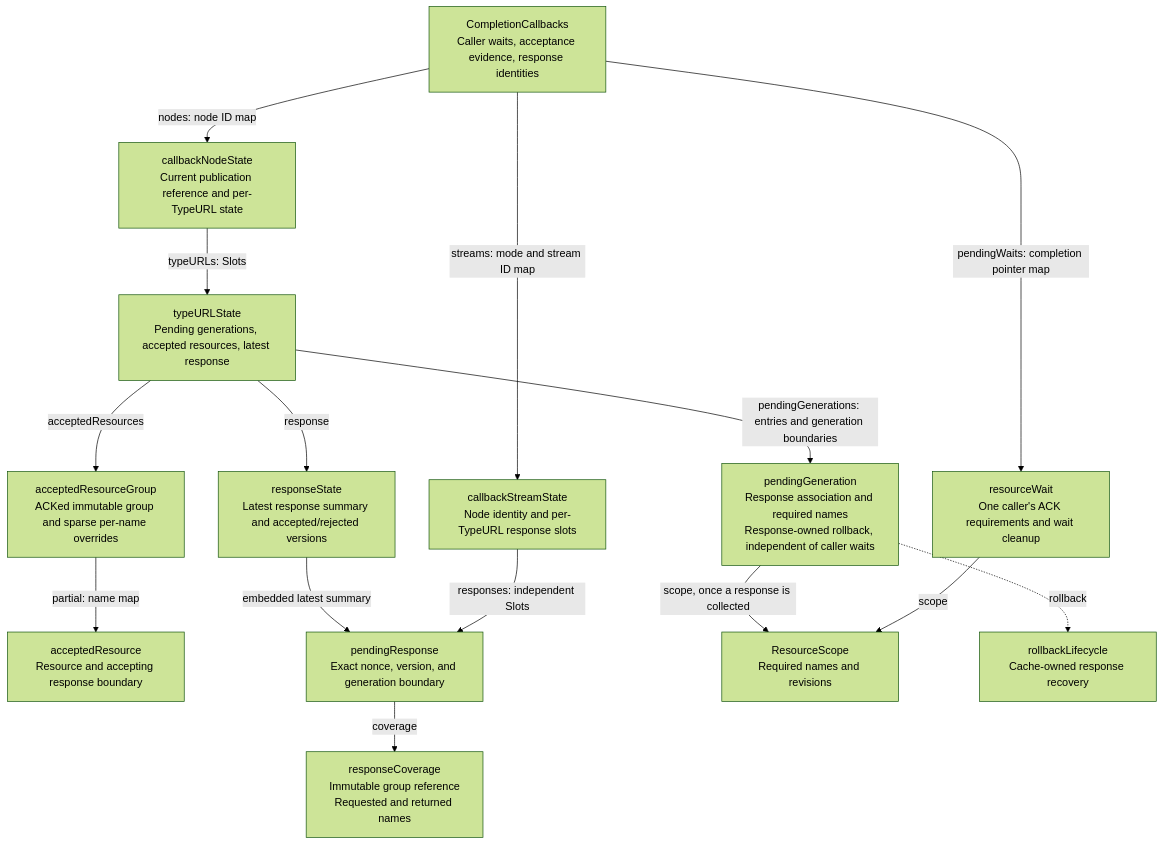
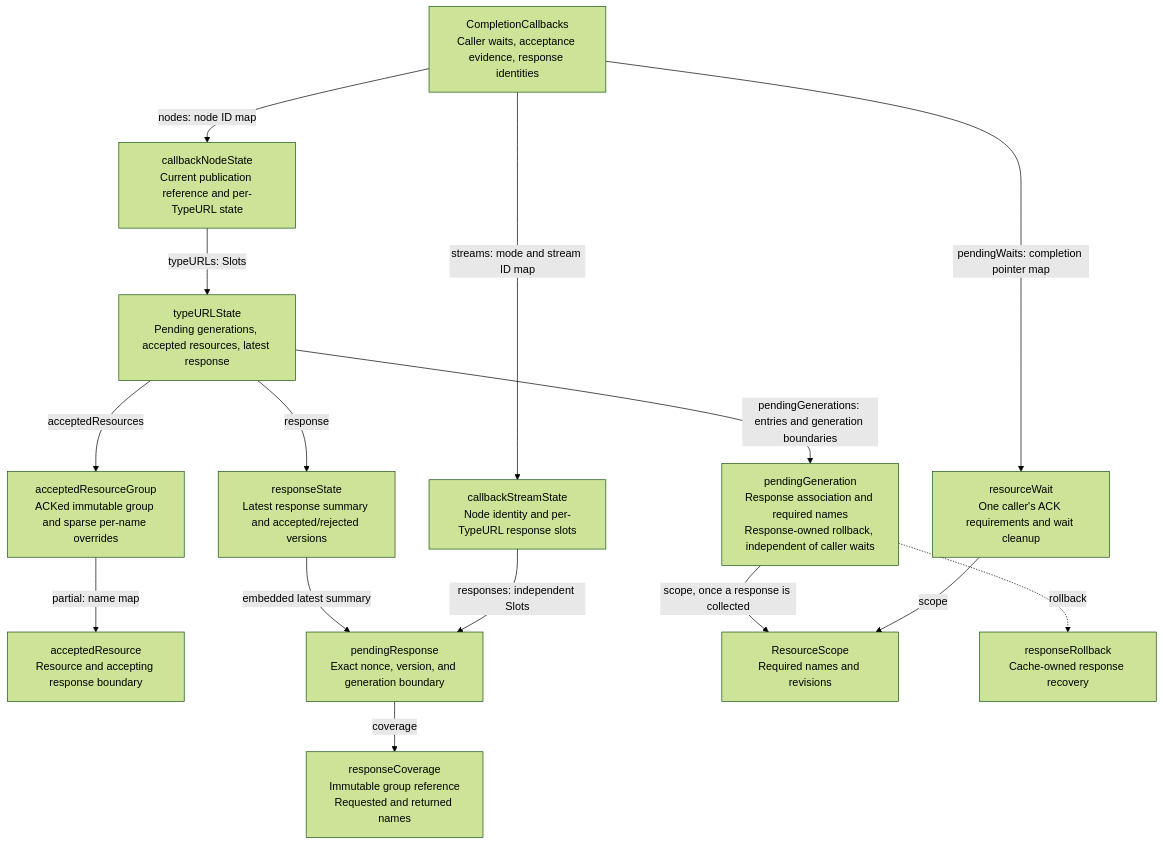
Before and after one commit to cilium/cilium: the third of 4 diagrams in pkg/envoy/xdsnew/design.md, drawn with Mermaid (forest theme). The commit also changed other lines of this file and 21 other files, not shown here.

````diff
--- a/pkg/envoy/xdsnew/design.md
+++ b/pkg/envoy/xdsnew/design.md
@@ -301,31 +311,31 @@
 ```mermaid
 flowchart TD
     callbacks["CompletionCallbacks<br/>Caller waits, acceptance evidence, response identities"]
     node["callbackNodeState<br/>Current publication reference and per-TypeURL state"]
     types["typeURLState<br/>Pending generations, accepted resources, latest response"]
     accepted["acceptedResourceGroup<br/>ACKed immutable group and sparse per-name overrides"]
     override["acceptedResource<br/>Resource and accepting response boundary"]
     latest["responseState<br/>Latest response summary and accepted/rejected versions"]
     generation["pendingGeneration<br/>Response association and required names<br/>Response-owned rollback, independent of caller waits"]
     stream["callbackStreamState<br/>Node identity and per-TypeURL response slots"]
     response["pendingResponse<br/>Exact nonce, version, and generation boundary"]
     coverage["responseCoverage<br/>Immutable group reference<br/>Requested and returned names"]
     wait["resourceWait<br/>One caller's ACK requirements and wait cleanup"]
     scope["ResourceScope<br/>Required names and revisions"]
-    rollback["rollbackLifecycle<br/>Cache-owned response recovery"]
+    rollback["responseRollback<br/>Cache-owned response recovery"]
 
     callbacks -->|nodes: node ID map| node
     node -->|typeURLs: Slots| types
     types -->|acceptedResources| accepted
     accepted -->|partial: name map| override
     types -->|response| latest
     latest -->|embedded latest summary| response
     types -->|pendingGenerations: entries and generation boundaries| generation
     generation -.->|rollback| rollback
     generation -->|scope, once a response is collected| scope
     callbacks -->|streams: mode and stream ID map| stream
     stream -->|responses: independent Slots| response
     response -->|coverage| coverage
     callbacks -->|pendingWaits: completion pointer map| wait
     wait -->|scope| scope
 ```
````
